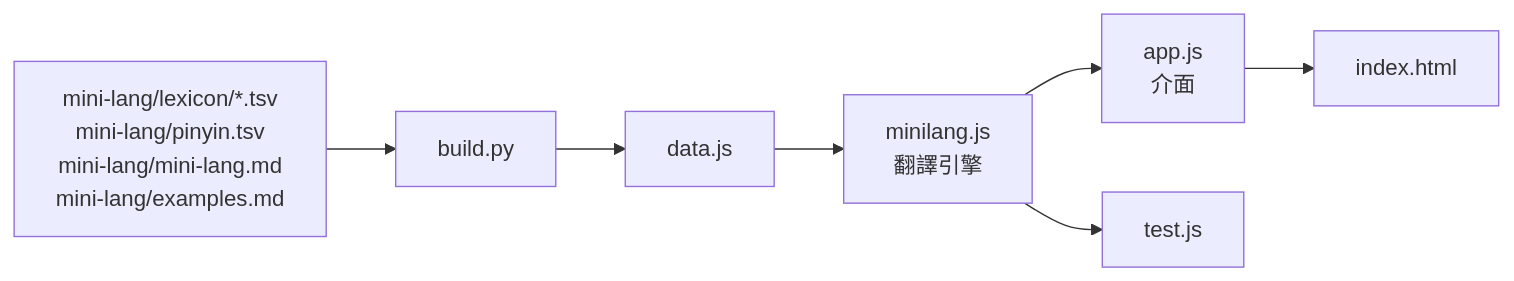
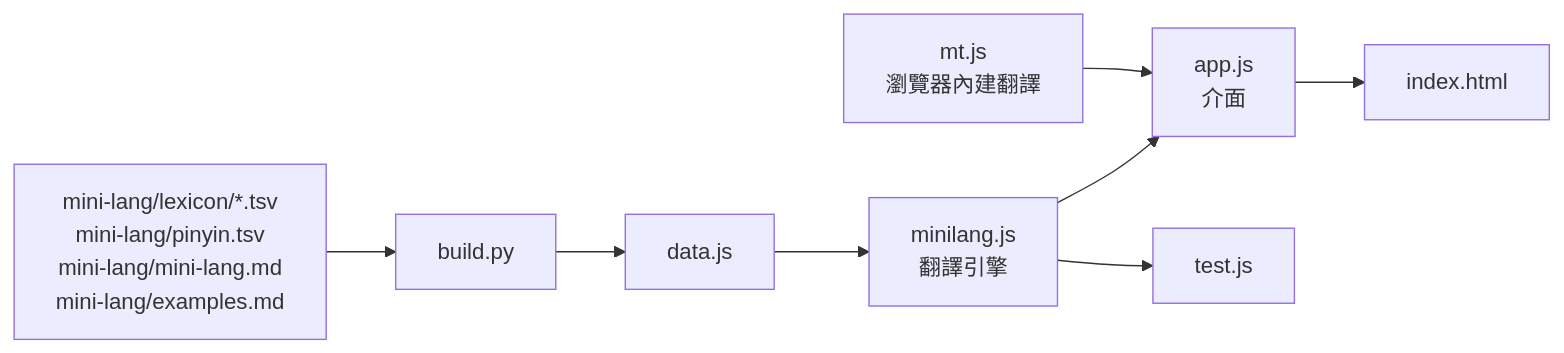
One commit to ccc-claude-opus/mini-lm changed the diagram in web/README.md. Above: the diagram before and after it, drawn with Mermaid. The commit also changed other lines of this file and 4 other files, not shown here.

````diff
--- a/web/README.md
+++ b/web/README.md
@@ -33,6 +41,7 @@
 ```mermaid
 flowchart LR
   L["mini-lang/lexicon/*.tsv<br/>mini-lang/pinyin.tsv<br/>mini-lang/mini-lang.md<br/>mini-lang/examples.md"] --> B[build.py] --> D[data.js]
   D --> E[minilang.js<br/>翻譯引擎] --> A[app.js<br/>介面] --> H[index.html]
+  M[mt.js<br/>瀏覽器內建翻譯] --> A
   E --> T[test.js]
 ```
````
